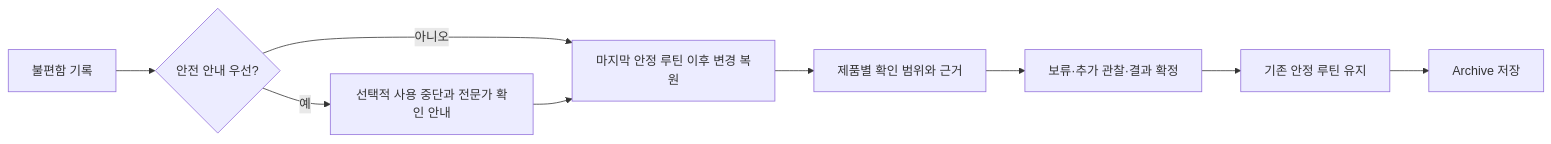
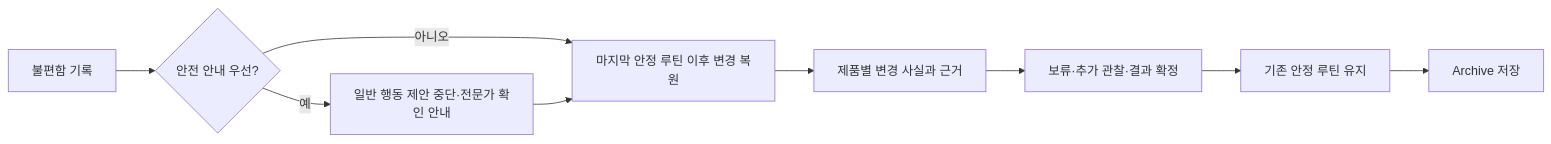
Before and after one commit to Sehoon-Jeong/app: the second of 3 diagrams in docs/product/user-flows.md, drawn with Mermaid. The commit also changed other lines of this file and 33 other files, not shown here.

````diff
--- a/docs/product/user-flows.md
+++ b/docs/product/user-flows.md
@@ -42,11 +42,11 @@
 ```mermaid
 flowchart LR
     A[불편함 기록] --> B{안전 안내 우선?}
-    B -->|예| C[선택적 사용 중단과 전문가 확인 안내]
+    B -->|예| C[일반 행동 제안 중단·전문가 확인 안내]
     B -->|아니오| D[마지막 안정 루틴 이후 변경 복원]
     C --> D
-    D --> E[제품별 확인 범위와 근거]
+    D --> E[제품별 변경 사실과 근거]
     E --> F[보류·추가 관찰·결과 확정]
     F --> G[기존 안정 루틴 유지]
     G --> H[Archive 저장]
 ```
````
